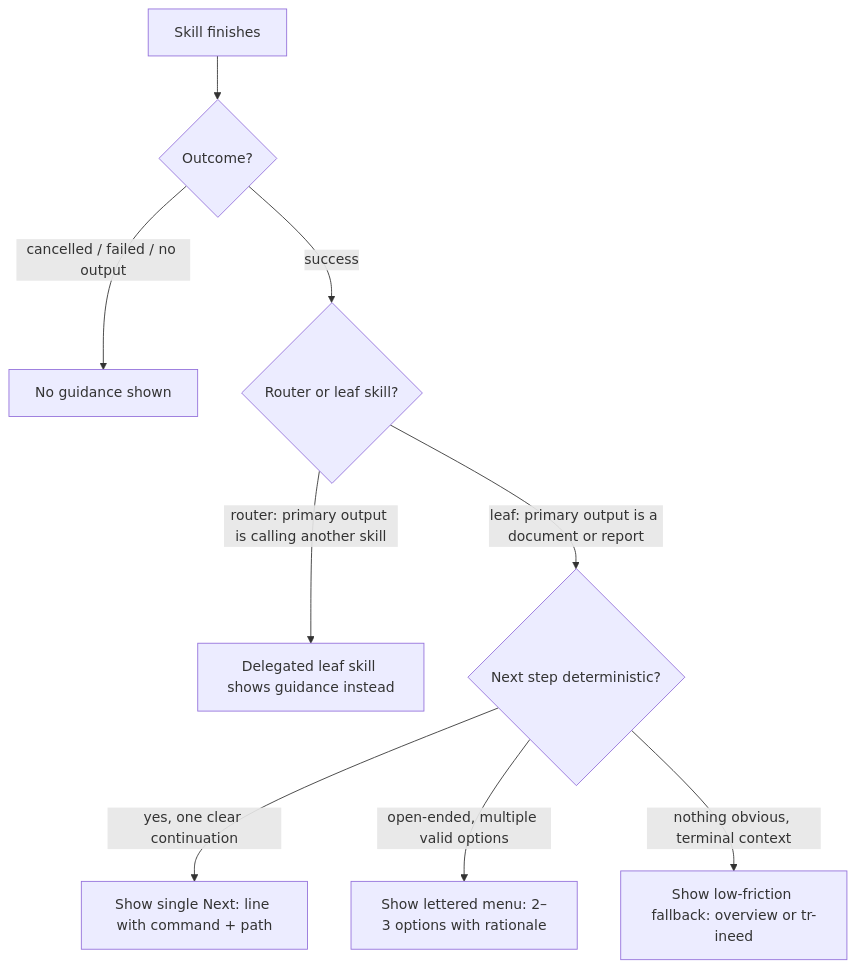
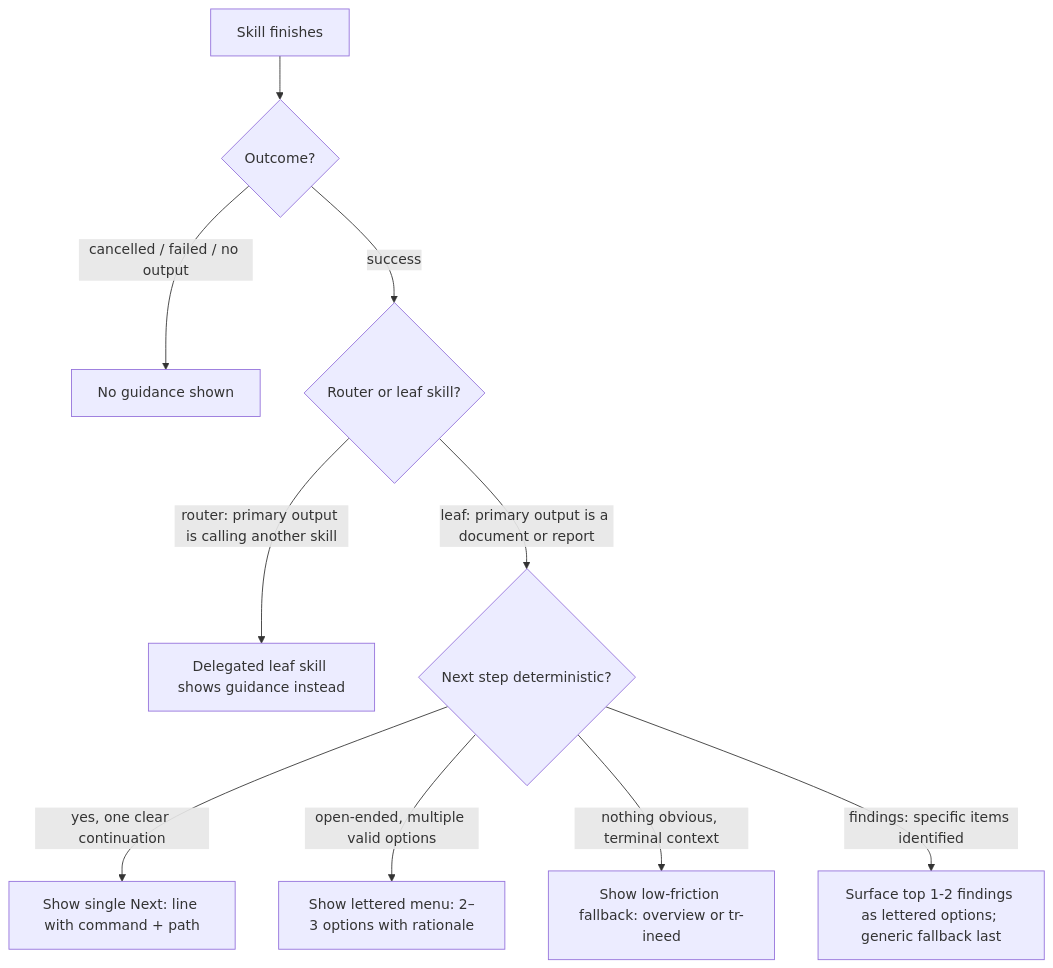
The diagram in taproot/human-integration/contextual-next-steps/usecase.md (imix/taproot), drawn with Mermaid before and after one commit. The commit also changed other lines of this file, not shown here.

Commit message:
taproot(human-integration/contextual-next-steps): add findings-informed guidance alternate flow (AC-7)

````diff
--- a/taproot/human-integration/contextual-next-steps/usecase.md
+++ b/taproot/human-integration/contextual-next-steps/usecase.md
@@ -72,11 +81,12 @@
 ```mermaid
 flowchart TD
     A[Skill finishes] --> B{Outcome?}
     B -- cancelled / failed / no output --> C[No guidance shown]
     B -- success --> D{Router or leaf skill?}
     D -- router: primary output is calling another skill --> E[Delegated leaf skill shows guidance instead]
     D -- leaf: primary output is a document or report --> F{Next step deterministic?}
     F -- yes, one clear continuation --> G[Show single Next: line with command + path]
     F -- open-ended, multiple valid options --> H[Show lettered menu: 2–3 options with rationale]
     F -- nothing obvious, terminal context --> I[Show low-friction fallback: overview or tr-ineed]
+    F -- findings: specific items identified --> J[Surface top 1-2 findings as lettered options; generic fallback last]
 ```
````
